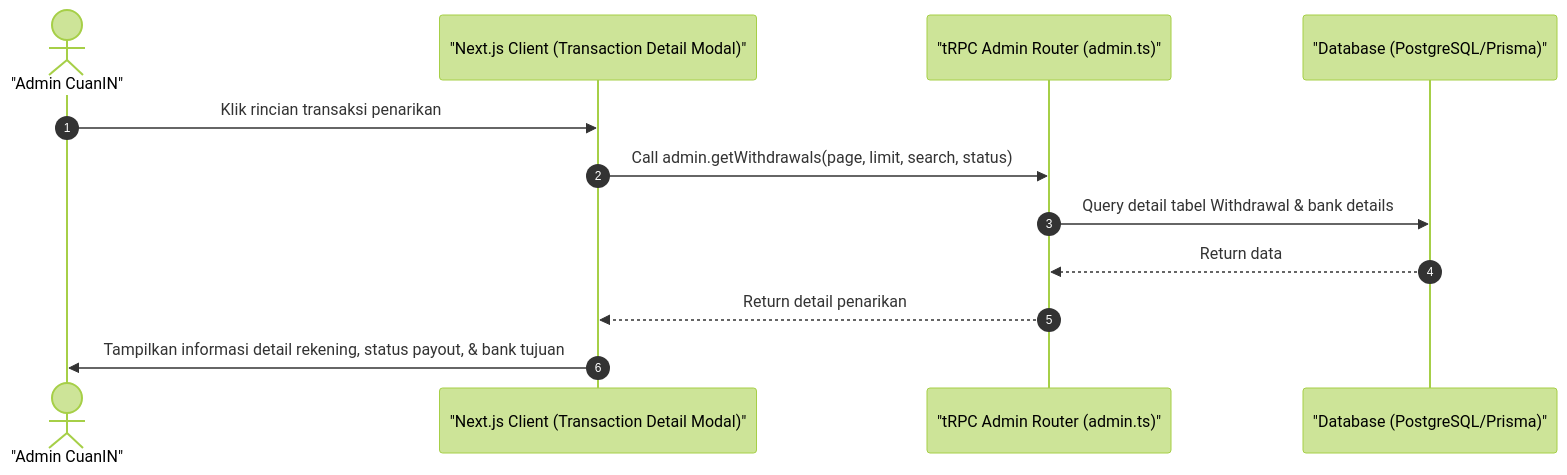
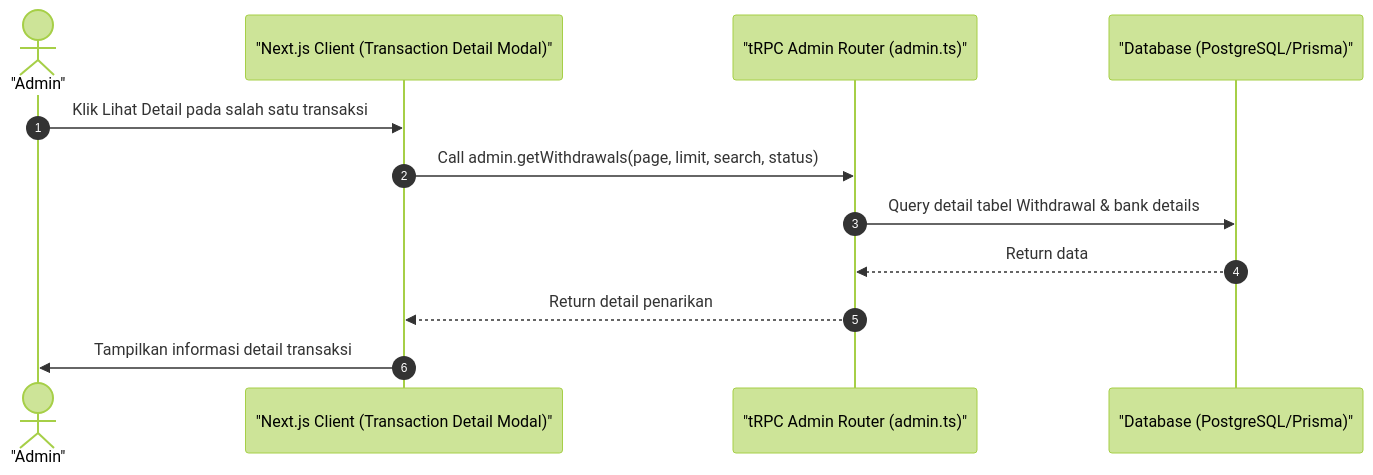
The diagram in docs/11-admin-transaction-detail.md (luputer/CuanIN), drawn with Mermaid (forest theme) before and after one commit. The commit also changed 53 other files, not shown here.

````diff
--- a/docs/11-admin-transaction-detail.md
+++ b/docs/11-admin-transaction-detail.md
@@ -5,16 +5,16 @@
 ```mermaid
 sequenceDiagram
     autonumber
-    actor Admin as "Admin CuanIN"
+    actor Admin as "Admin"
     participant Client as "Next.js Client (Transaction Detail Modal)"
     participant Server as "tRPC Admin Router (admin.ts)"
     participant DB as "Database (PostgreSQL/Prisma)"
 
-    Admin->>Client: Klik rincian transaksi penarikan
+    Admin->>Client: Klik Lihat Detail pada salah satu transaksi
     Client->>Server: Call admin.getWithdrawals(page, limit, search, status)
     Server->>DB: Query detail tabel Withdrawal & bank details
     DB-->>Server: Return data
     Server-->>Client: Return detail penarikan
-    Client->>Admin: Tampilkan informasi detail rekening, status payout, & bank tujuan
+    Client->>Admin: Tampilkan informasi detail transaksi
 
 ```
````
